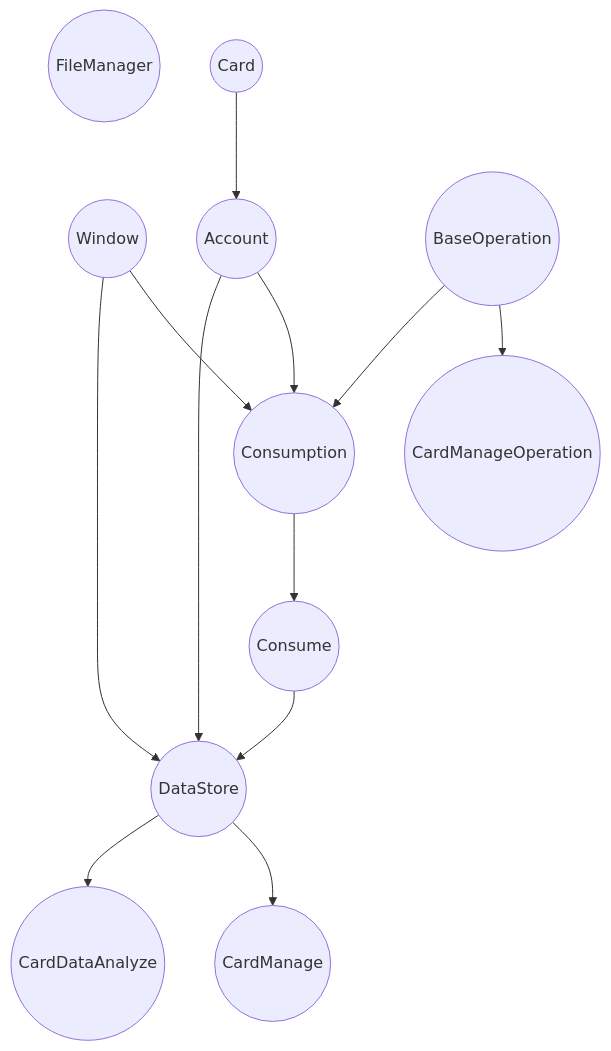
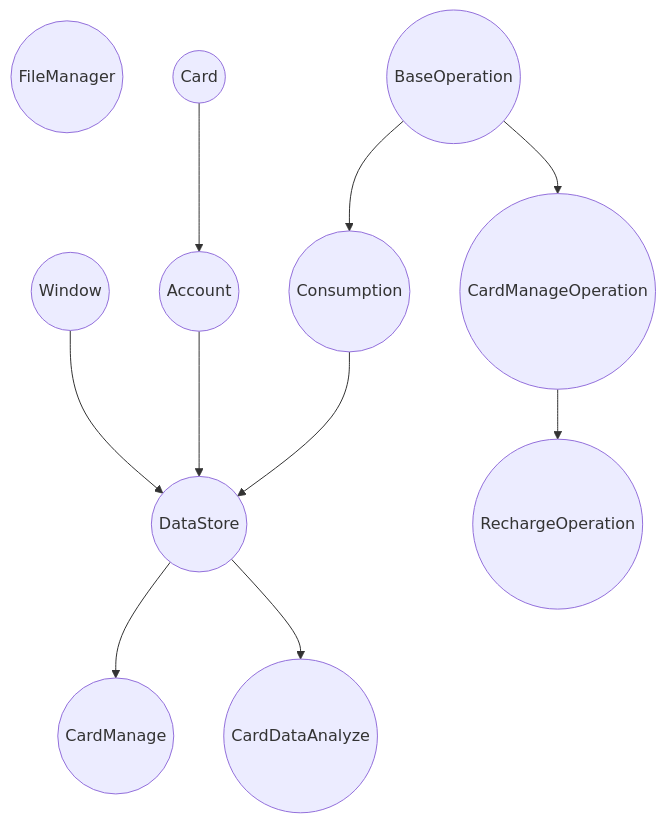
Before and after one commit to xhzq233/CampusCardBackEnd: the diagram in README.md, drawn with Mermaid.

````diff
--- a/README.md
+++ b/README.md
@@ -20,29 +20,29 @@
 ```mermaid
 graph TB
 
 A((FileManager))
 B((Window))
 C((Card))
 D((Account))
 
 E((Consumption))
-F((Consume))
 G((DataStore))
 H((CardManage))
 I((CardDataAnalyze))
 J((BaseOperation))
 K((CardManageOperation))
+RC((RechargeOperation))
 
+
+J-->E
 J-->K
-J-->E
-B-->E
-D-->E
-E-->F
-F-->G
+K-->RC
+
+E-->G
 B-->G
 C-->D
 D-->G
 G-->H
 G-->I
 
 ```
````
